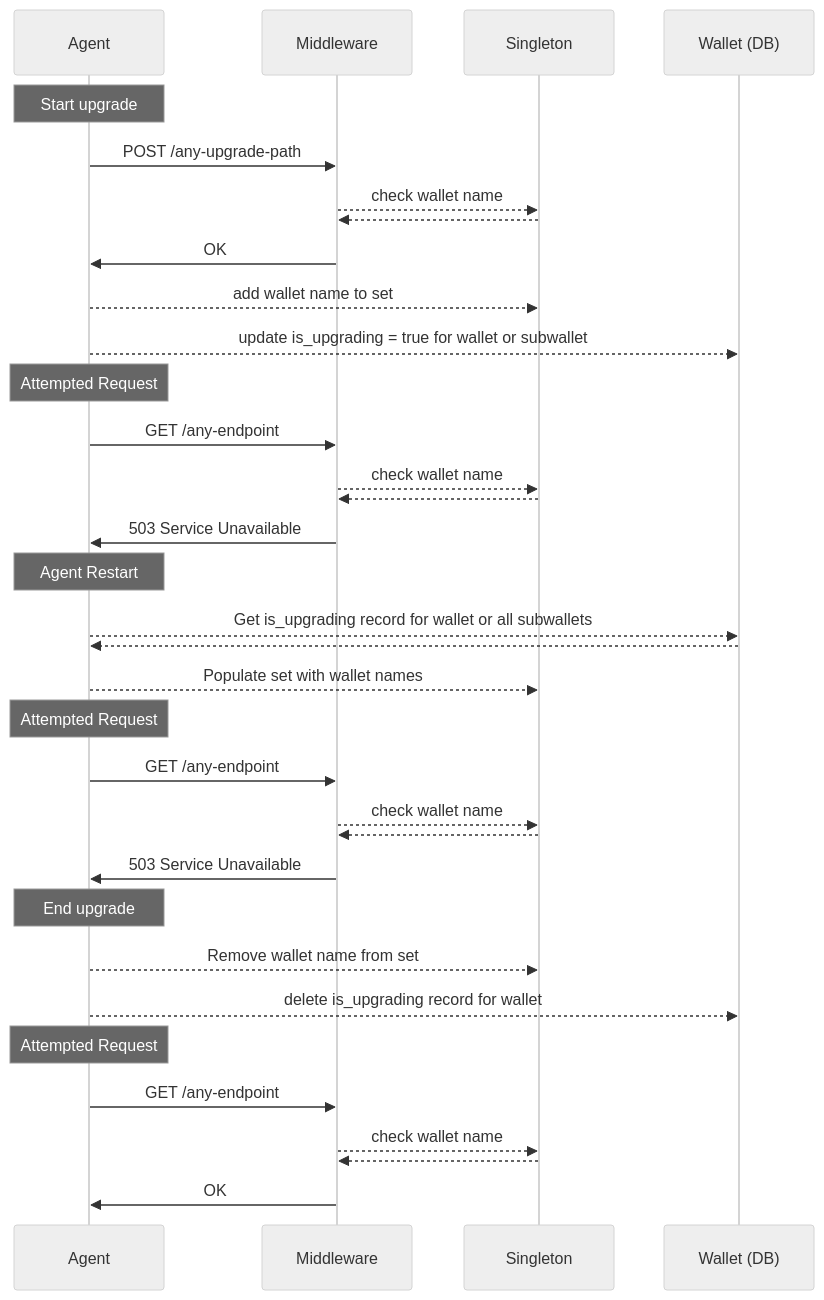
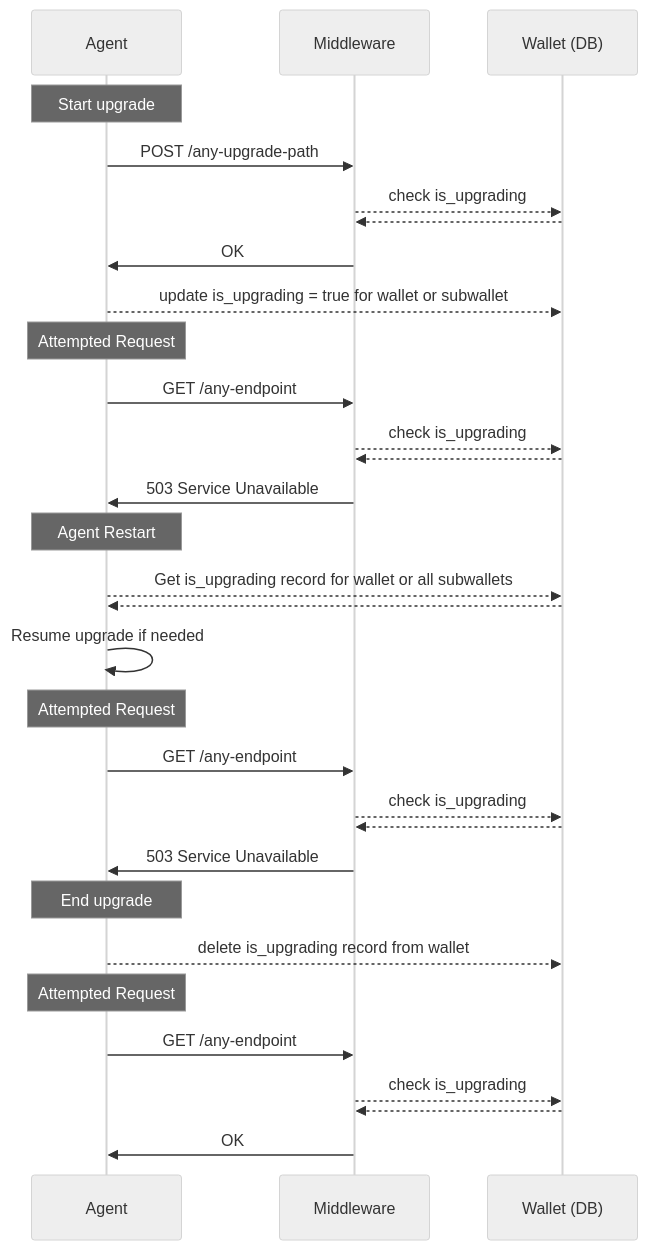
Before and after one commit to openwallet-foundation/acapy: the diagram in docs/design/UpgradeViaApi.md, drawn with Mermaid (neutral theme). The commit also changed other lines of this file and 5 other files, not shown here.

Commit message:
Remove in_memory upgrade set for multi instance upgrading

````diff
--- a/docs/design/UpgradeViaApi.md
+++ b/docs/design/UpgradeViaApi.md
@@ -5,42 +5,39 @@
 ```mermaid
 sequenceDiagram
     participant A as Agent
     participant M as Middleware
-    participant S as Singleton
     participant W as Wallet (DB)
 
     Note over A: Start upgrade
     A->>M: POST /any-upgrade-path
-    M-->>S: check wallet name
-    S-->>M: 
+    M-->>W: check is_upgrading
+    W-->>M: 
     M->>A: OK
-    A-->>S: add wallet name to set
     A-->>W: update is_upgrading = true for wallet or subwallet
 
     Note over A: Attempted Request
     A->>M: GET /any-endpoint
-    M-->>S: check wallet name
-    S-->>M: 
+    M-->>W: check is_upgrading
+    W-->>M: 
     M->>A: 503 Service Unavailable
 
     Note over A: Agent Restart
     A-->>W: Get is_upgrading record for wallet or all subwallets
     W-->>A: 
-    A-->>S: Populate set with wallet names
+    A->>A: Resume upgrade if needed
 
     Note over A: Attempted Request
     A->>M: GET /any-endpoint
-    M-->>S: check wallet name
-    S-->>M: 
+    M-->>W: check is_upgrading
+    W-->>M: 
     M->>A: 503 Service Unavailable
 
     Note over A: End upgrade
-    A-->>S: Remove wallet name from set
-    A-->>W: delete is_upgrading record for wallet
+    A-->>W: delete is_upgrading record from wallet
 
     Note over A: Attempted Request
     A->>M: GET /any-endpoint
-    M-->>S: check wallet name
-    S-->>M: 
+    M-->>W: check is_upgrading
+    W-->>M: 
     M->>A: OK
 ```
````
